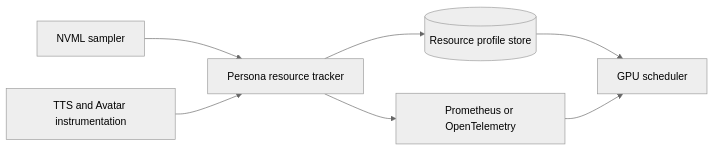
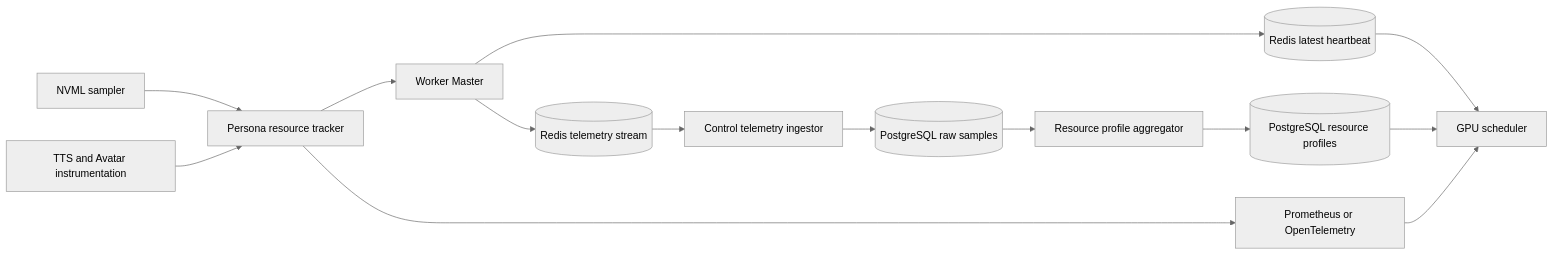
Diagram 13 of 14 in docs/tts-avatar-render-flow.md (thinhphan97/PersonaForge), drawn with Mermaid (neutral theme) before and after one commit. The commit also changed other lines of this file and 3 other files, not shown here.

````diff
--- a/docs/tts-avatar-render-flow.md
+++ b/docs/tts-avatar-render-flow.md
@@ -1276,16 +1451,29 @@
 ```mermaid
 flowchart LR
     NVML[NVML sampler]
     Runtime[TTS and Avatar instrumentation]
     Tracker[Persona resource tracker]
+    Master[Worker Master]
+    Ingest[(Redis telemetry stream)]
+    Latest[(Redis latest heartbeat)]
+    Writer[Control telemetry ingestor]
+    Raw[(PostgreSQL raw samples)]
+    Aggregator[Resource profile aggregator]
     Metrics[Prometheus or OpenTelemetry]
-    Profiles[(Resource profile store)]
+    Profiles[(PostgreSQL resource profiles)]
     Scheduler[GPU scheduler]
 
     NVML --> Tracker
     Runtime --> Tracker
+    Tracker --> Master
+    Master --> Ingest
+    Master --> Latest
+    Ingest --> Writer
+    Writer --> Raw
+    Raw --> Aggregator
+    Aggregator --> Profiles
     Tracker --> Metrics
-    Tracker --> Profiles
+    Latest --> Scheduler
     Profiles --> Scheduler
     Metrics --> Scheduler
 ```
````
